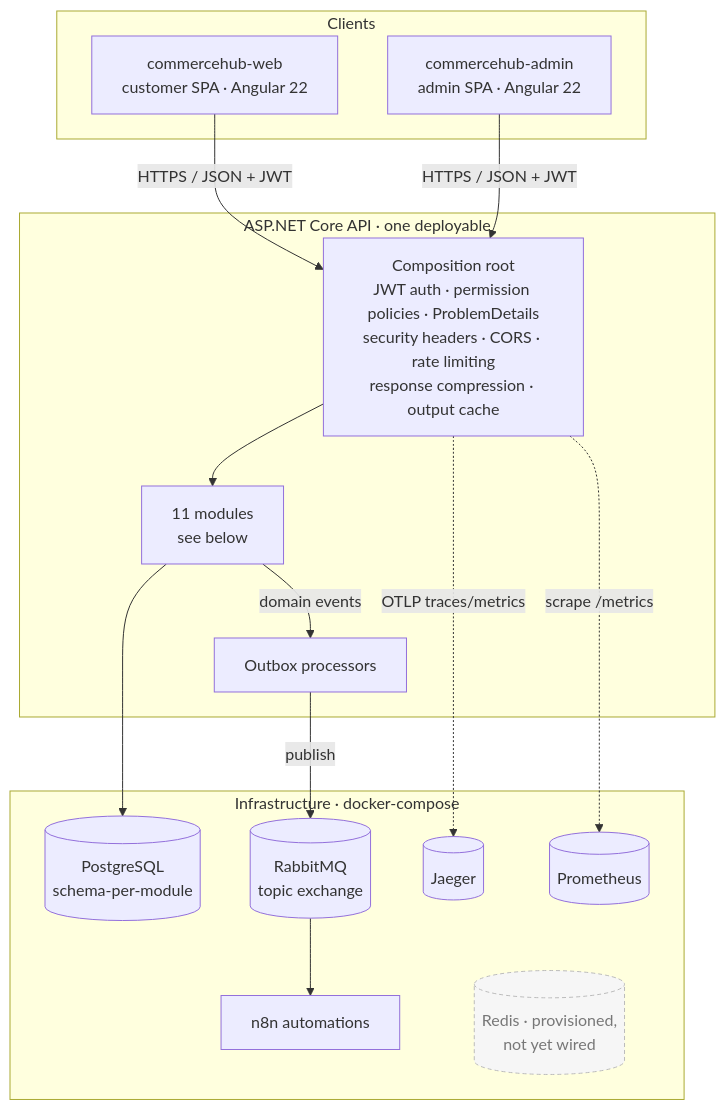
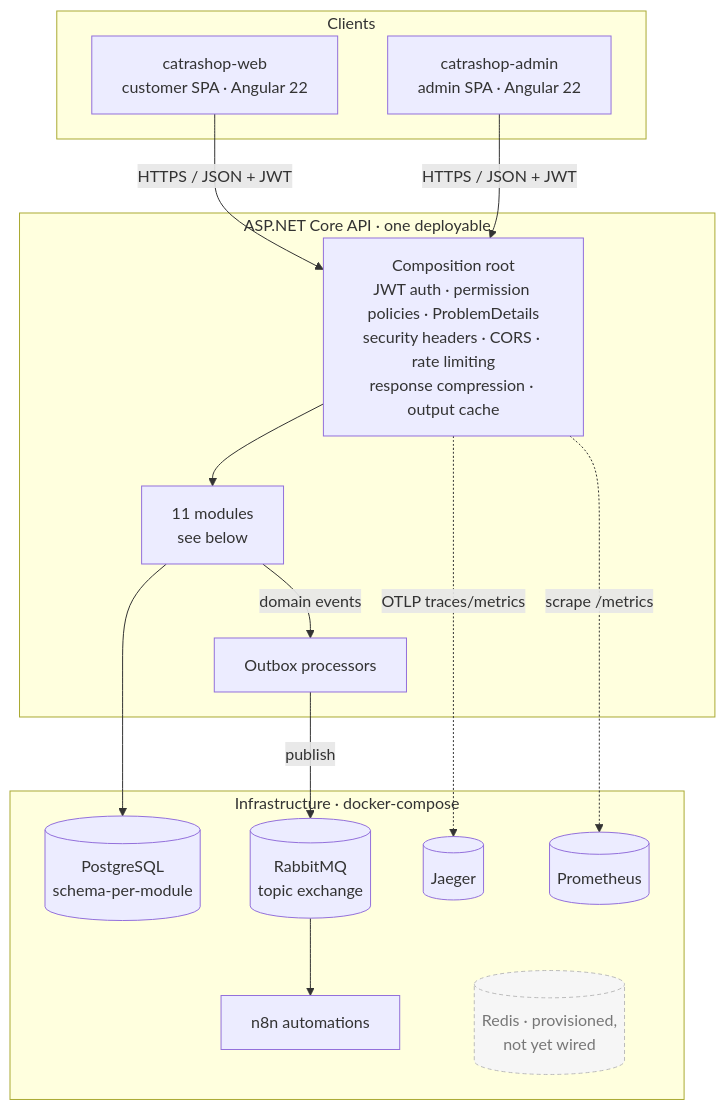
One commit to davidtriminio/catrashop changed the first of 6 diagrams in docs/architecture/README.md. Above: the diagram before and after it, drawn with Mermaid. The commit also changed other lines of this file and 931 other files, not shown here.

````diff
--- a/docs/architecture/README.md
+++ b/docs/architecture/README.md
@@ -19,28 +19,28 @@
 ```mermaid
 flowchart TB
     subgraph Clients
-      WEB[commercehub-web<br/>customer SPA · Angular 22]
-      ADM[commercehub-admin<br/>admin SPA · Angular 22]
+      WEB[catrashop-web<br/>customer SPA · Angular 22]
+      ADM[catrashop-admin<br/>admin SPA · Angular 22]
     end
 
     subgraph Host[ASP.NET Core API · one deployable]
       ROOT[Composition root<br/>JWT auth · permission policies · ProblemDetails<br/>security headers · CORS · rate limiting<br/>response compression · output cache]
       MODS[11 modules<br/>see below]
       OBX[Outbox processors]
     end
 
     subgraph Infra[Infrastructure · docker-compose]
       PG[(PostgreSQL<br/>schema-per-module)]
       MQ[(RabbitMQ<br/>topic exchange)]
       N8N[n8n automations]
       JG[(Jaeger)]
       PR[(Prometheus)]
       RD[(Redis · provisioned,<br/>not yet wired)]:::future
     end
 
     WEB & ADM -->|HTTPS / JSON + JWT| ROOT --> MODS --> PG
     MODS -->|domain events| OBX -->|publish| MQ --> N8N
     ROOT -.OTLP traces/metrics.-> JG
     ROOT -.scrape /metrics.-> PR
     classDef future fill:#f6f6f6,stroke:#bbb,stroke-dasharray:4 3,color:#777;
 ```
````
